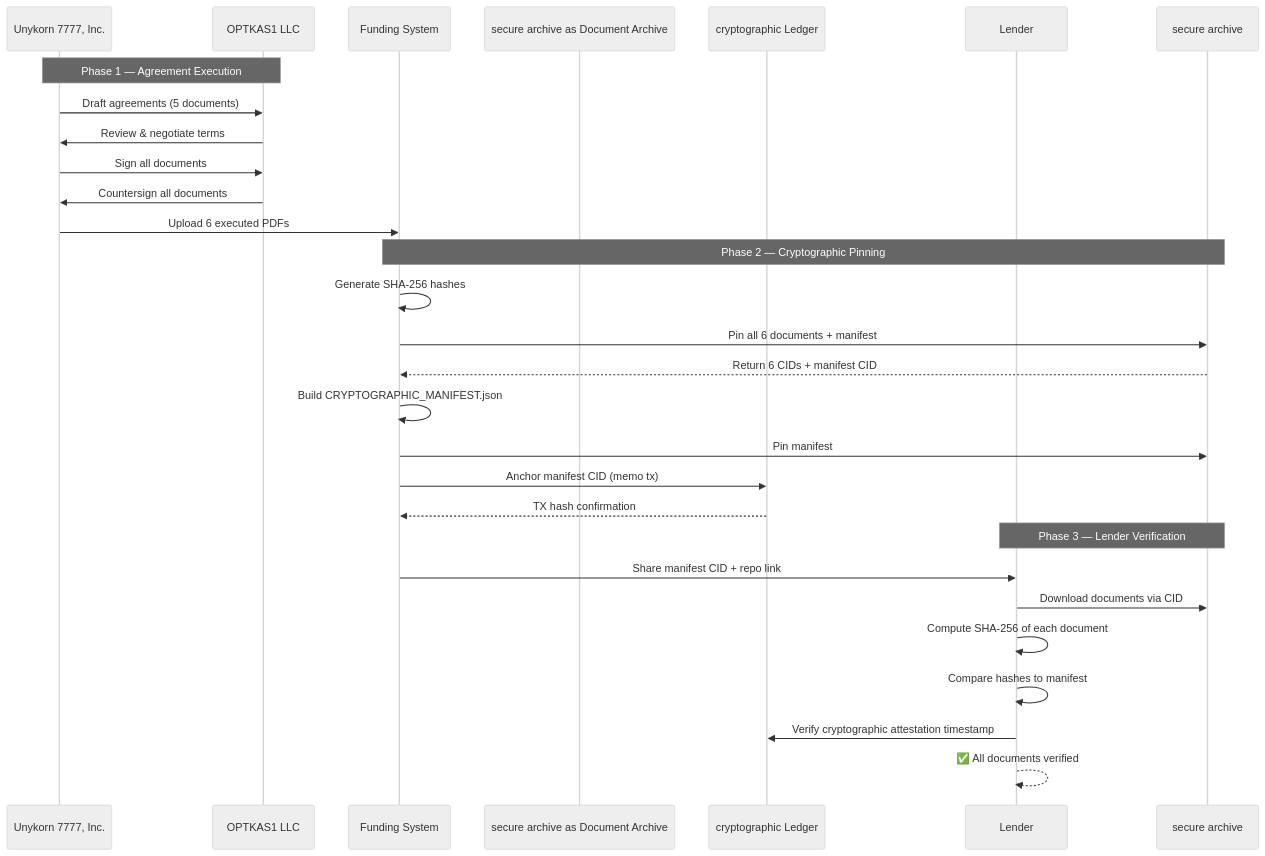
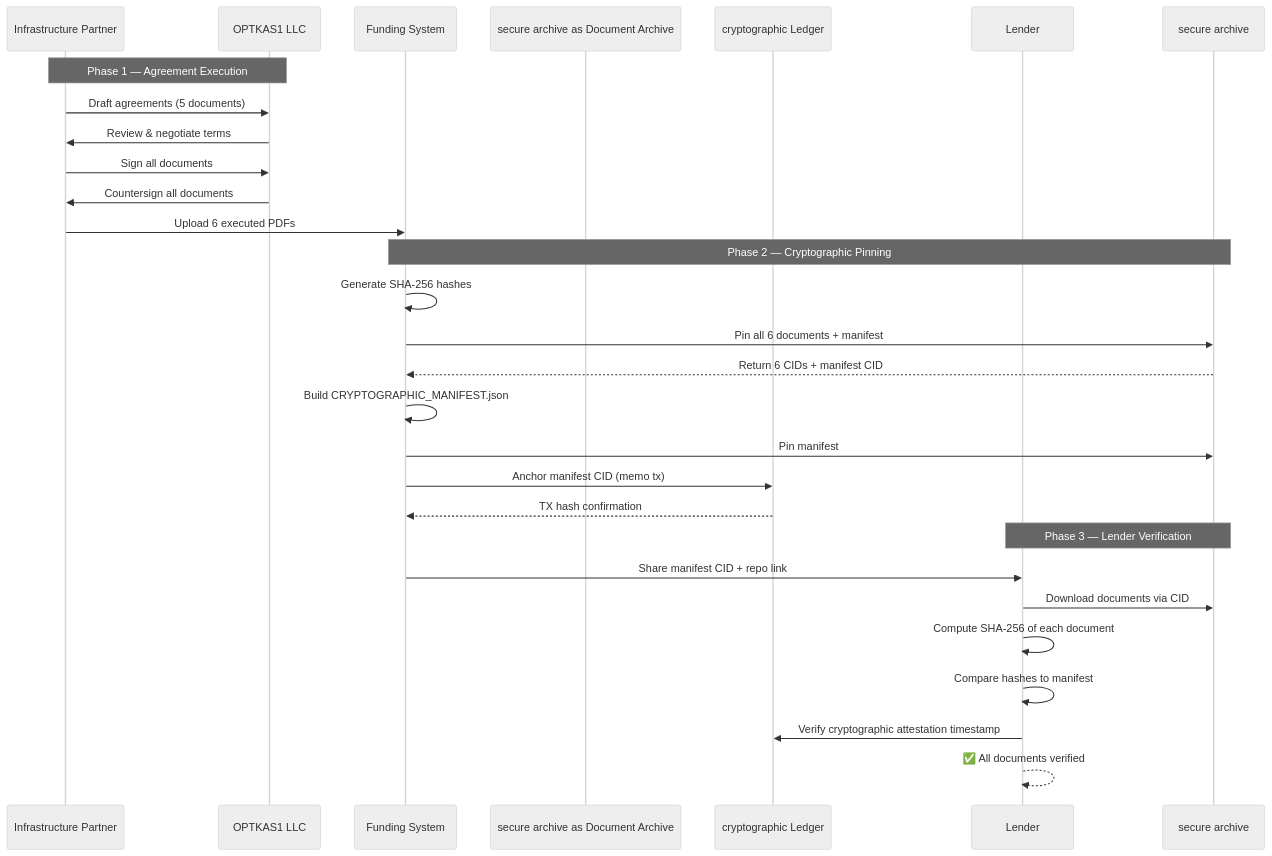
Before and after one commit to unykornai/Institutional-Funding-Repo-For-Optkas-: the second of 2 diagrams in EXECUTION_v1/02_SIGNED_AGREEMENTS/FINAL_EXECUTED_2026-02-09/LENDER_LEVERAGE_PROOF_SYSTEM.md, drawn with Mermaid (neutral theme). The commit also changed other lines of this file and 25 other files, not shown here.

````diff
--- a/EXECUTION_v1/02_SIGNED_AGREEMENTS/FINAL_EXECUTED_2026-02-09/LENDER_LEVERAGE_PROOF_SYSTEM.md
+++ b/EXECUTION_v1/02_SIGNED_AGREEMENTS/FINAL_EXECUTED_2026-02-09/LENDER_LEVERAGE_PROOF_SYSTEM.md
@@ -110,33 +109,33 @@
 ```mermaid
 sequenceDiagram
-    participant U as Unykorn 7777, Inc.
+    participant U as Infrastructure Partner
     participant O as OPTKAS1 LLC
     participant SYS as Funding System
     participant secure archive as Document Archive
     participant cryptographic as cryptographic Ledger
     participant L as Lender
 
     Note over U,O: Phase 1 — Agreement Execution
     U->>O: Draft agreements (5 documents)
     O->>U: Review & negotiate terms
     U->>O: Sign all documents
     O->>U: Countersign all documents
     U->>SYS: Upload 6 executed PDFs
 
     Note over SYS,secure archive: Phase 2 — Cryptographic Pinning
     SYS->>SYS: Generate SHA-256 hashes
     SYS->>secure archive: Pin all 6 documents + manifest
     secure archive-->>SYS: Return 6 CIDs + manifest CID
     SYS->>SYS: Build CRYPTOGRAPHIC_MANIFEST.json
     SYS->>secure archive: Pin manifest
     SYS->>cryptographic: Anchor manifest CID (memo tx)
     cryptographic-->>SYS: TX hash confirmation
 
     Note over L,secure archive: Phase 3 — Lender Verification
     SYS->>L: Share manifest CID + repo link
     L->>secure archive: Download documents via CID
     L->>L: Compute SHA-256 of each document
     L->>L: Compare hashes to manifest
     L->>cryptographic: Verify cryptographic attestation timestamp
     L-->>L: ✅ All documents verified
 ```
````
